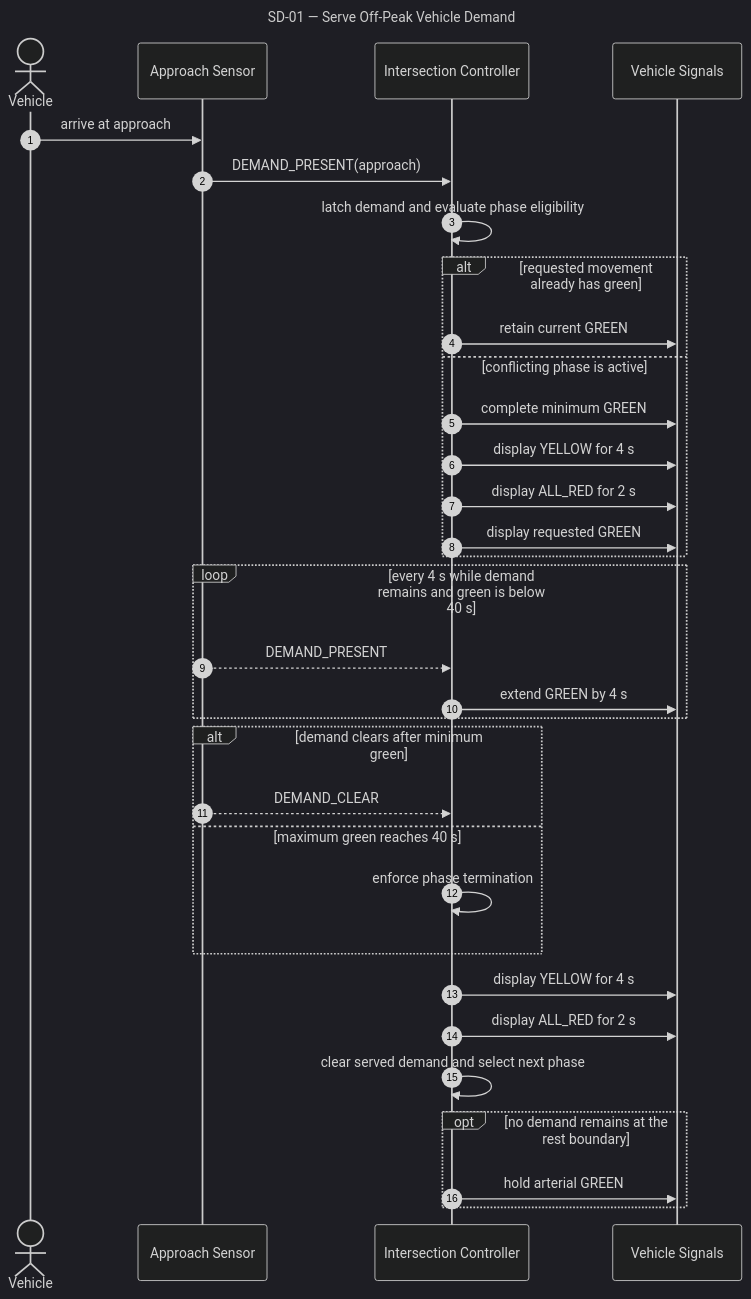
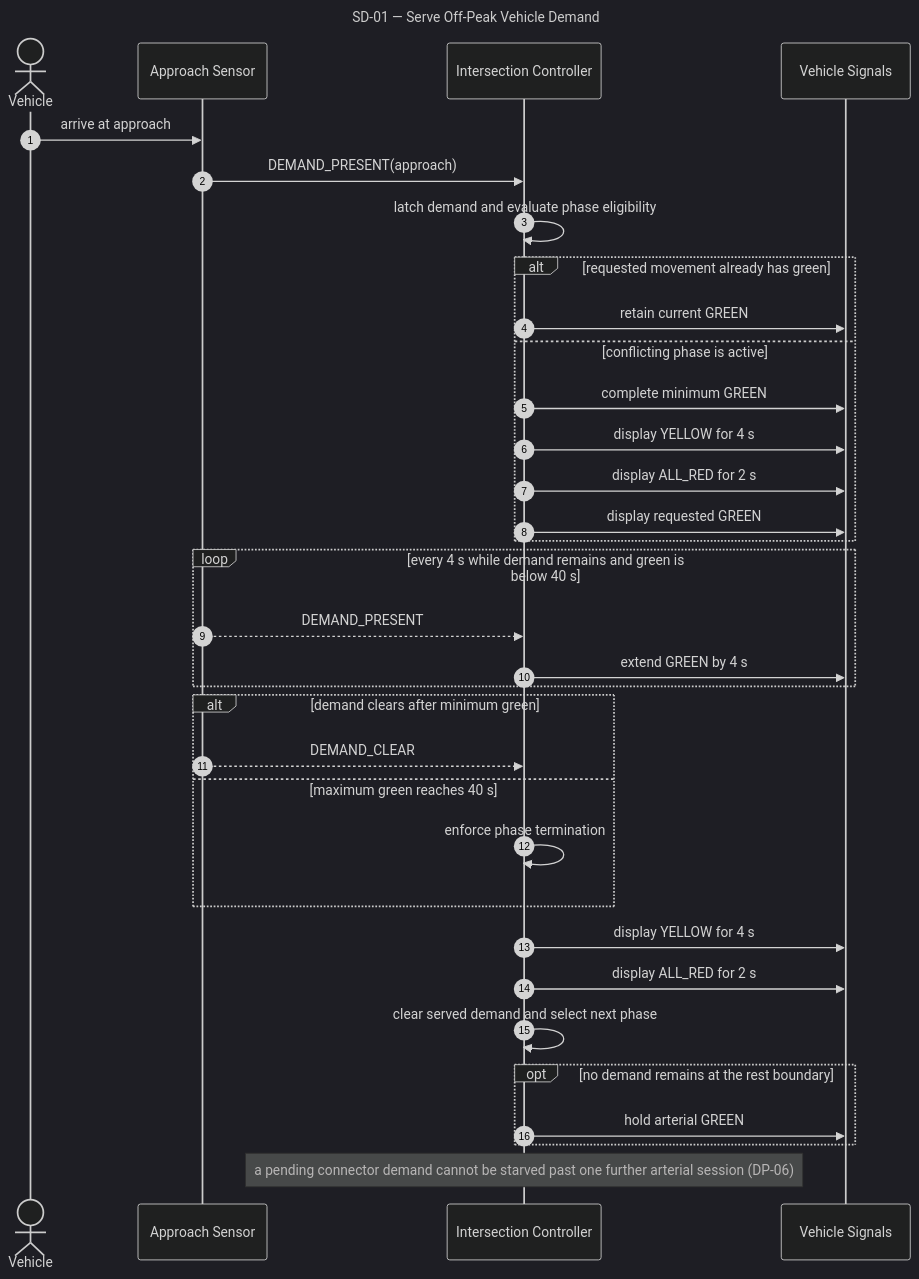
Before and after one commit to lucietran03/traffic-control-system: the first of 8 diagrams in SEQUENCE_DIAGRAMS.md, drawn with Mermaid (dark theme). The commit also changed other lines of this file and 1 other file, not shown here.

First line of the commit message:
Fix SD-07 ACK ordering, restore missing UC alt flows, add review notes

````diff
--- a/SEQUENCE_DIAGRAMS.md
+++ b/SEQUENCE_DIAGRAMS.md
@@ -9,46 +9,48 @@
 ```mermaid
 ---
 title: SD-01 — Serve Off-Peak Vehicle Demand
 ---
 sequenceDiagram
     accTitle: SD-01 Serve Off-Peak Vehicle Demand
     accDescr: Vehicle demand is detected, safely served, extended while present, and cleared by a generic intersection controller operating in Off-Peak Sensor mode.
     autonumber
 
     actor V as Vehicle
     participant S as Approach Sensor
     participant Lx as Intersection Controller
     participant Sig as Vehicle Signals
 
     V->>S: arrive at approach
     S->>Lx: DEMAND_PRESENT(approach)
     Lx->>Lx: latch demand and evaluate phase eligibility
 
     alt requested movement already has green
         Lx->>Sig: retain current GREEN
     else conflicting phase is active
         Lx->>Sig: complete minimum GREEN
         Lx->>Sig: display YELLOW for 4 s
         Lx->>Sig: display ALL_RED for 2 s
         Lx->>Sig: display requested GREEN
     end
 
     loop every 4 s while demand remains and green is below 40 s
         S-->>Lx: DEMAND_PRESENT
         Lx->>Sig: extend GREEN by 4 s
     end
 
     alt demand clears after minimum green
         S-->>Lx: DEMAND_CLEAR
     else maximum green reaches 40 s
         Lx->>Lx: enforce phase termination
     end
 
     Lx->>Sig: display YELLOW for 4 s
     Lx->>Sig: display ALL_RED for 2 s
     Lx->>Lx: clear served demand and select next phase
 
     opt no demand remains at the rest boundary
         Lx->>Sig: hold arterial GREEN
     end
+
+    Note over Lx: a pending connector demand cannot be starved past one further arterial session (DP-06)
 ```
````
